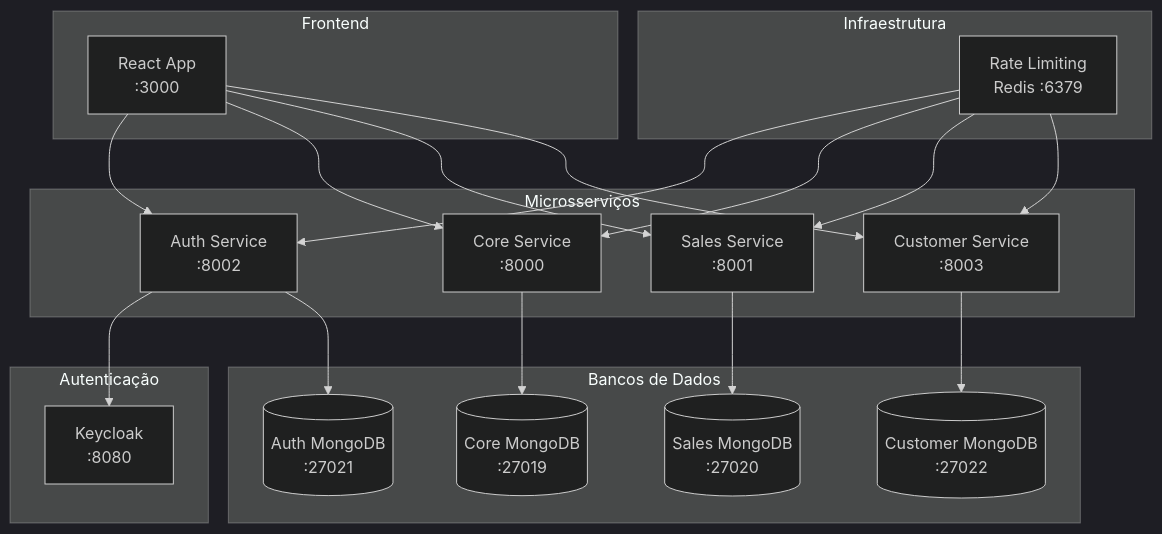
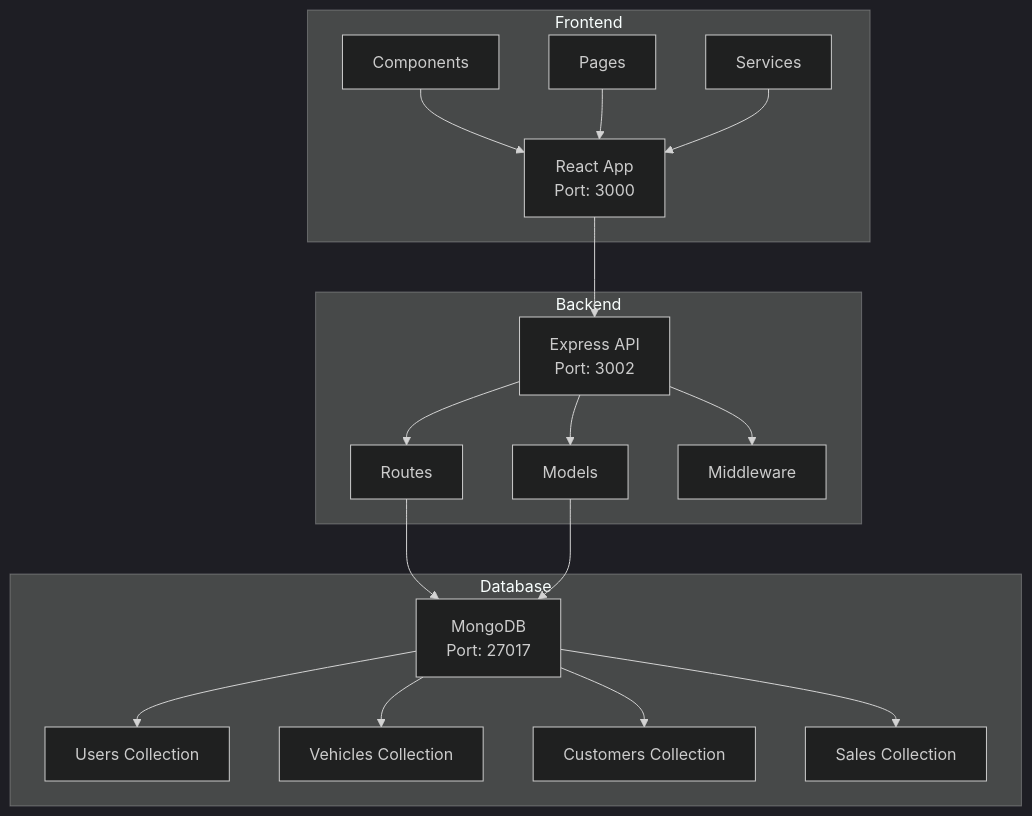
The first of 3 diagrams in README.md (JonissonGomes/fiap-prova-sub-fase-3), drawn with Mermaid (dark theme) before and after one commit. The commit also changed other lines of this file and 24 other files, not shown here.

````diff
--- a/README.md
+++ b/README.md
@@ -123,44 +60,38 @@
 ```mermaid
 graph TB
-    subgraph "Infraestrutura"
-        B[Rate Limiting<br/>Redis :6379]
+    subgraph "Frontend"
+        A[React App<br/>Port: 3000]
+        B[Components]
+        C[Pages]
+        D[Services]
     end
     
-    subgraph "Frontend"
-        A[React App<br/>:3000]
+    subgraph "Backend"
+        E[Express API<br/>Port: 3002]
+        F[Routes]
+        G[Models]
+        H[Middleware]
     end
     
-    subgraph "Microsserviços"
-        C[Auth Service<br/>:8002]
-        D[Core Service<br/>:8000]
-        E[Sales Service<br/>:8001]
-        F[Customer Service<br/>:8003]
+    subgraph "Database"
+        I[MongoDB<br/>Port: 27017]
+        J[Users Collection]
+        K[Vehicles Collection]
+        L[Customers Collection]
+        M[Sales Collection]
     end
     
-    subgraph "Autenticação"
-        G[Keycloak<br/>:8080]
-    end
-    
-    subgraph "Bancos de Dados"
-        H[(Auth MongoDB<br/>:27021)]
-        I[(Core MongoDB<br/>:27019)]
-        J[(Sales MongoDB<br/>:27020)]
-        K[(Customer MongoDB<br/>:27022)]
-    end
-    
-    A --> C
-    A --> D
     A --> E
-    A --> F
-    
-    C --> G
-    C --> H
-    D --> I
-    E --> J
-    F --> K
-    
-    B --> C
-    B --> D
-    B --> E
-    B --> F
+    B --> A
+    C --> A
+    D --> A
+    E --> F
+    E --> G
+    E --> H
+    F --> I
+    G --> I
+    I --> J
+    I --> K
+    I --> L
+    I --> M
 ```
````
